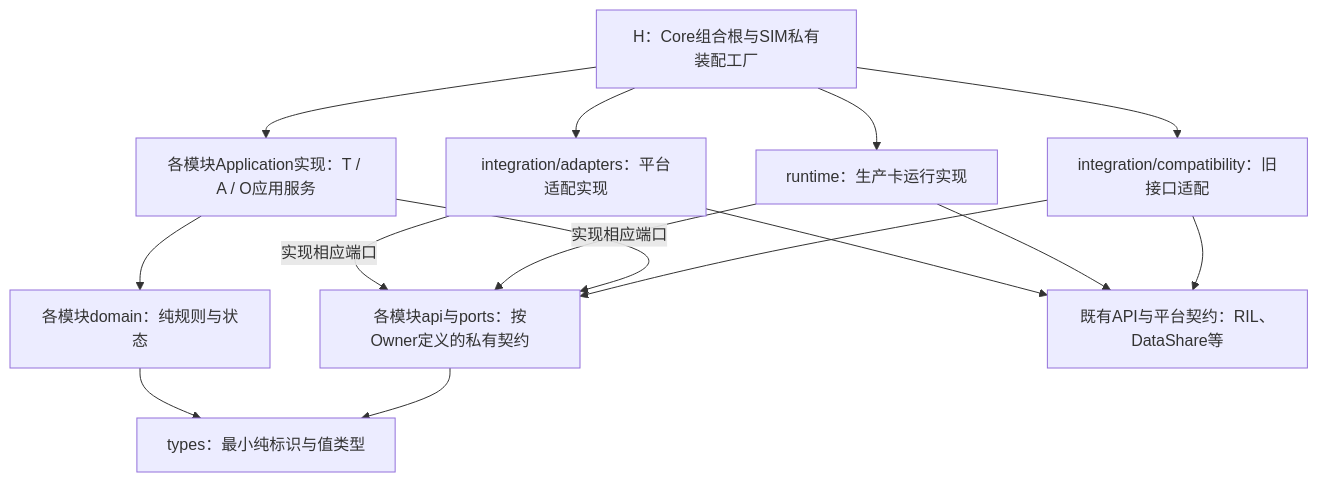
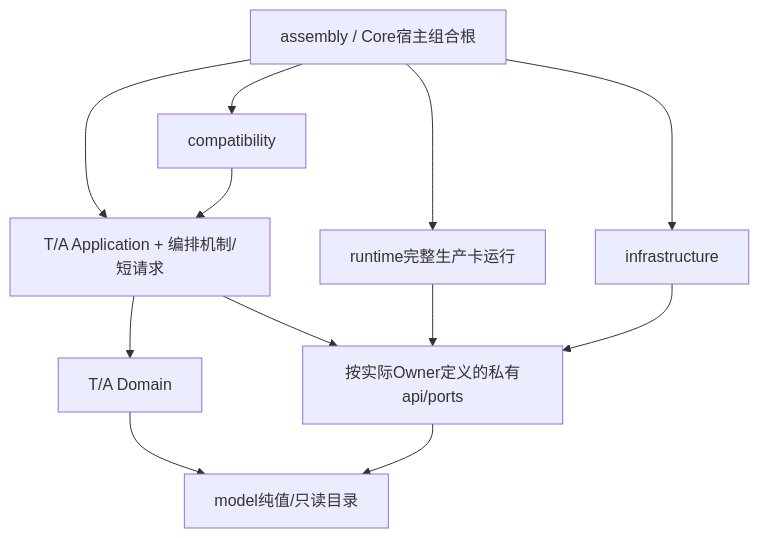
The fifth of 15 diagrams in telephony_core_service/docs/多SIM架构重构_设计说明与业务流程对照.md (zjuluowu/multisim), drawn with Mermaid before and after one commit. The commit also changed other lines of this file and 53 other files, not shown here.

First line of the commit message:
feat(sim): add target architecture skeleton and detailed design

````diff
--- a/telephony_core_service/docs/多SIM架构重构_设计说明与业务流程对照.md
+++ b/telephony_core_service/docs/多SIM架构重构_设计说明与业务流程对照.md
@@ -393,26 +379,22 @@
 ```mermaid
 flowchart TD
-    H["H：Core组合根与SIM私有装配工厂"]
-    C["integration/compatibility：旧接口适配"]
-    APP["各模块Application实现：T / A / O应用服务"]
-    R["runtime：生产卡运行实现"]
-    I["integration/adapters：平台适配实现"]
-    P["各模块api与ports：按Owner定义的私有契约"]
-    D["各模块domain：纯规则与状态"]
-    X["既有API与平台契约：RIL、DataShare等"]
-    V["types：最小纯标识与值类型"]
+    H["assembly / Core宿主组合根"]
+    C["compatibility"]
+    APP["T/A Application + 编排机制/短请求"]
+    R["runtime完整生产卡运行"]
+    I["infrastructure"]
+    P["按实际Owner定义的私有api/ports"]
+    D["T/A Domain"]
+    V["model纯值/只读目录"]
     H --> C
     H --> APP
     H --> R
     H --> I
-    C --> P
-    C --> X
+    C --> APP
     APP --> P
     APP --> D
-    R -->|"实现相应端口"| P
-    R --> X
-    I -->|"实现相应端口"| P
-    I --> X
+    R --> P
+    I --> P
+    D --> V
     P --> V
-    D --> V
 ```
````
